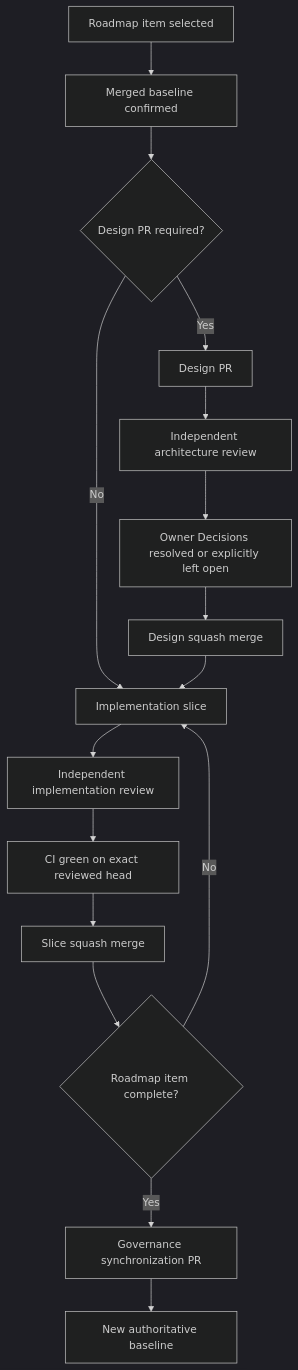
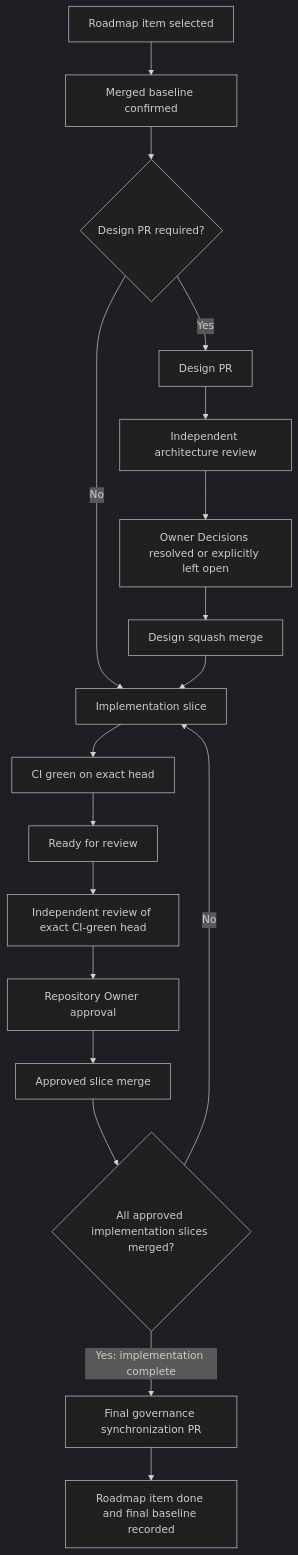
Before and after one commit to manmenex/medical-equipment-pool: the diagram in docs/ENGINEERING_WORKFLOW.md, drawn with Mermaid (dark theme). The commit also changed other lines of this file, not shown here.

Commit message:
docs: resolve engineering workflow review findings

````diff
--- a/docs/ENGINEERING_WORKFLOW.md
+++ b/docs/ENGINEERING_WORKFLOW.md
@@ -125,18 +147,20 @@
 ```mermaid
 flowchart TD
     A["Roadmap item selected"] --> B["Merged baseline confirmed"]
     B --> C{"Design PR required?"}
     C -- "Yes" --> D["Design PR"]
     D --> E["Independent architecture review"]
     E --> F["Owner Decisions resolved or explicitly left open"]
     F --> G["Design squash merge"]
     C -- "No" --> H["Implementation slice"]
     G --> H
-    H --> I["Independent implementation review"]
-    I --> J["CI green on exact reviewed head"]
-    J --> K["Slice squash merge"]
-    K --> L{"Roadmap item complete?"}
-    L -- "No" --> H
-    L -- "Yes" --> M["Governance synchronization PR"]
-    M --> N["New authoritative baseline"]
+    H --> I["CI green on exact head"]
+    I --> J["Ready for review"]
+    J --> K["Independent review of exact CI-green head"]
+    K --> L["Repository Owner approval"]
+    L --> M["Approved slice merge"]
+    M --> N{"All approved implementation slices merged?"}
+    N -- "No" --> H
+    N -- "Yes: implementation complete" --> O["Final governance synchronization PR"]
+    O --> P["Roadmap item done and final baseline recorded"]
 ```
````
